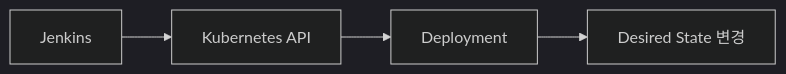
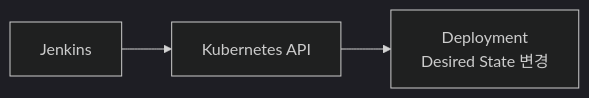
The tenth of 11 diagrams in _posts/2026-08-16-jenkins-eks-deployment-flow.md (jw3418/jw3418.github.io), drawn with Mermaid (dark theme) before and after one commit. The commit also changed other lines of this file, not shown here.

First line of the commit message:
Refine Jenkins and Kubernetes deployment explanation

````diff
--- a/_posts/2026-08-16-jenkins-eks-deployment-flow.md
+++ b/_posts/2026-08-16-jenkins-eks-deployment-flow.md
@@ -469,6 +470,5 @@
 ```mermaid
 flowchart LR
     J["Jenkins"] --> API["Kubernetes API"]
-    API --> D["Deployment"]
-    D --> S["Desired State 변경"]
+    API --> D["Deployment<br/>Desired State 변경"]
 ```
````
